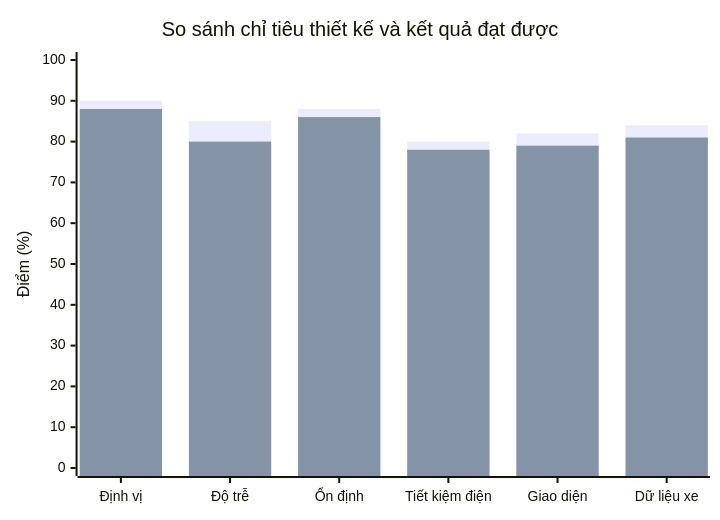
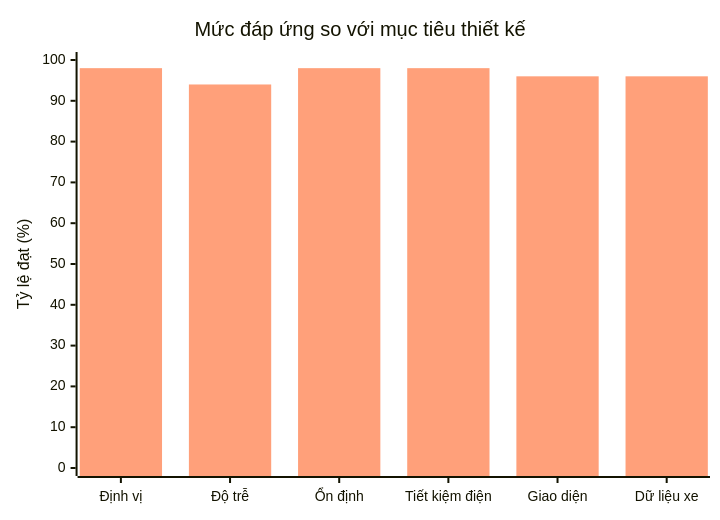
One commit to anmh1205/IoT_Vehicle_Tracking_System changed the diagram in resources/reports/thesis/final/assets/uml/10-chuong-4-ket-qua-do-luong-hinh-4-38.mmd. Above: the diagram before and after it, drawn with Mermaid. The commit also changed 75 other files, not shown here.

```diff
--- a/resources/reports/thesis/final/assets/uml/10-chuong-4-ket-qua-do-luong-hinh-4-38.mmd
+++ b/resources/reports/thesis/final/assets/uml/10-chuong-4-ket-qua-do-luong-hinh-4-38.mmd
@@ -1,6 +1,11 @@
+---
+config:
+  themeVariables:
+    xyChart:
+      plotColorPalette: "#FFA07A"
+---
 xychart-beta
-    title "So sánh chỉ tiêu thiết kế và kết quả đạt được"
+    title "Mức đáp ứng so với mục tiêu thiết kế"
     x-axis ["Định vị", "Độ trễ", "Ổn định", "Tiết kiệm điện", "Giao diện", "Dữ liệu xe"]
-    y-axis "Điểm (%)" 0 --> 100
-    bar "Chỉ tiêu thiết kế" [90, 85, 88, 80, 82, 84]
-    bar "Kết quả đạt được" [88, 80, 86, 78, 79, 81]
+    y-axis "Tỷ lệ đạt (%)" 0 --> 100
+    bar [98, 94, 98, 98, 96, 96]
```
